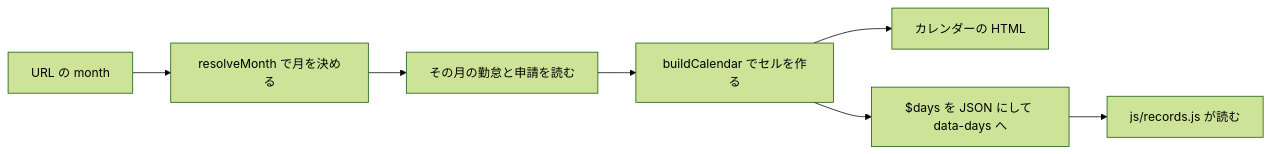
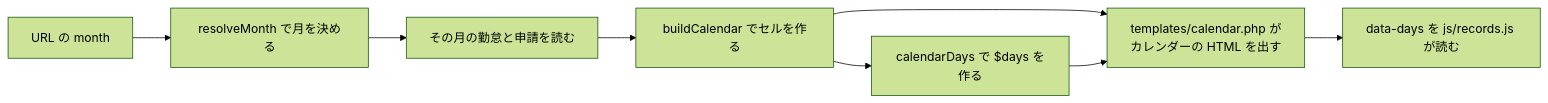
The diagram in docs/解説/コードを読む/records_index.md (9r4/nm_attendance), drawn with Mermaid (forest theme) before and after one commit. The commit also changed other lines of this file and 35 other files, not shown here.

````diff
--- a/docs/解説/コードを読む/records_index.md
+++ b/docs/解説/コードを読む/records_index.md
@@ -28,9 +30,10 @@
 ```mermaid
 flowchart LR
     A[URL の month] --> B[resolveMonth で月を決める]
     B --> C[その月の勤怠と申請を読む]
     C --> D[buildCalendar でセルを作る]
-    D --> E[カレンダーの HTML]
-    D --> F[$days を JSON にして data-days へ]
-    F --> G[js/records.js が読む]
+    D --> F["calendarDays で $days を作る"]
+    D --> E["templates/calendar.php がカレンダーの HTML を出す"]
+    F --> E
+    E --> G["data-days を js/records.js が読む"]
 ```
````
